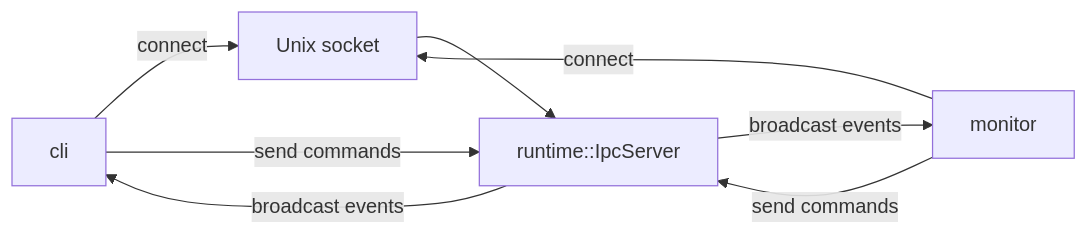
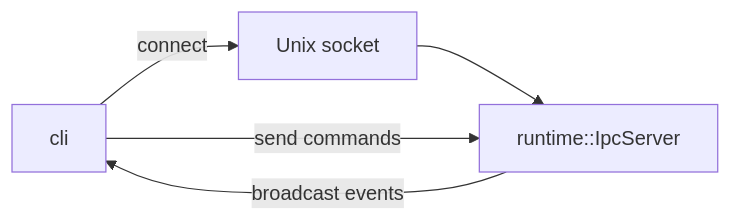
Before and after one commit to alexthotse/native-cli-ai: the fourth of 5 diagrams in docs/architecture.md, drawn with Mermaid. The commit also changed other lines of this file and 23 other files, not shown here.

````diff
--- a/docs/architecture.md
+++ b/docs/architecture.md
@@ -223,10 +197,7 @@
 ```mermaid
 flowchart LR
   CliProcess[cli] -->|"connect"| Socket["Unix socket"]
   Socket --> RuntimeServer[runtime::IpcServer]
-  MonitorProcess[monitor] -->|"connect"| Socket
   RuntimeServer -->|"broadcast events"| CliProcess
-  RuntimeServer -->|"broadcast events"| MonitorProcess
   CliProcess -->|"send commands"| RuntimeServer
-  MonitorProcess -->|"send commands"| RuntimeServer
 ```
````
